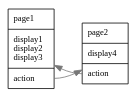
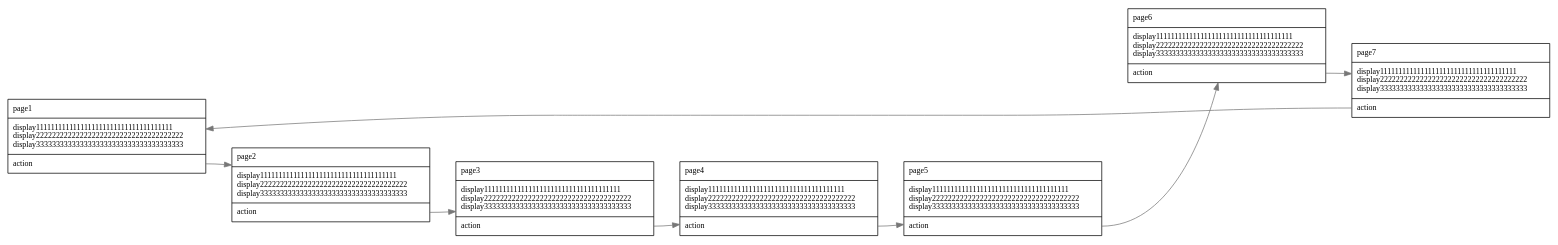
The diagram in docs/test.dot (fjtsr/verify_uiflow_ci), drawn with Graphviz before and after one commit. The commit also changed 3 other files, not shown here.

```diff
--- a/docs/test.dot
+++ b/docs/test.dot
@@ -1,36 +1,66 @@
 digraph D {
 	graph[
 		charset = "UTF-8",
 		labelloc = "t",
 		labeljust = "r",
 		style = "filled",
 		rankdir = "LR",
 		margin = "0.2",
 		ranksep = "0.5",
 		nodesep = "0.4"
 	]
 	node[
 		style = "solid",
 		fontsize = "11",
 		margin = "0.1,0.1",
 		fontname = "Osaka-Mono,ＭＳ ゴシック"
 	]
 	edge[
 		fontsize = "9",
 		fontname = "Osaka-Mono,ＭＳ ゴシック",
 		color = "#777777"
 	]
 	"page1"[
 		shape = "record",
-		label = "<title> page1\l |<see> display1\ldisplay2\ldisplay3\l |<action0> action\l ",
-		width = "0.8153846153846154"
+		label = "<title> page1\l |<see> display1111111111111111111111111111111111111\ldisplay2222222222222222222222222222222222222\ldisplay3333333333333333333333333333333333333\l |<action0> action\l ",
+		width = "3.5846153846153848"
 	]
 	"page2"[
 		shape = "record",
-		label = "<title> page2\l |<see> display4\l |<action0> action\l ",
-		width = "0.8153846153846154"
+		label = "<title> page2\l |<see> display1111111111111111111111111111111111111\ldisplay2222222222222222222222222222222222222\ldisplay3333333333333333333333333333333333333\l |<action0> action\l ",
+		width = "3.5846153846153848"
+	]
+	"page3"[
+		shape = "record",
+		label = "<title> page3\l |<see> display1111111111111111111111111111111111111\ldisplay2222222222222222222222222222222222222\ldisplay3333333333333333333333333333333333333\l |<action0> action\l ",
+		width = "3.5846153846153848"
+	]
+	"page4"[
+		shape = "record",
+		label = "<title> page4\l |<see> display1111111111111111111111111111111111111\ldisplay2222222222222222222222222222222222222\ldisplay3333333333333333333333333333333333333\l |<action0> action\l ",
+		width = "3.5846153846153848"
+	]
+	"page5"[
+		shape = "record",
+		label = "<title> page5\l |<see> display1111111111111111111111111111111111111\ldisplay2222222222222222222222222222222222222\ldisplay3333333333333333333333333333333333333\l |<action0> action\l ",
+		width = "3.5846153846153848"
+	]
+	"page6"[
+		shape = "record",
+		label = "<title> page6\l |<see> display1111111111111111111111111111111111111\ldisplay2222222222222222222222222222222222222\ldisplay3333333333333333333333333333333333333\l |<action0> action\l ",
+		width = "3.5846153846153848"
+	]
+	"page7"[
+		shape = "record",
+		label = "<title> page7\l |<see> display1111111111111111111111111111111111111\ldisplay2222222222222222222222222222222222222\ldisplay3333333333333333333333333333333333333\l |<action0> action\l ",
+		width = "3.5846153846153848"
 	]
 	"page1":action0 -> "page2"
-	"page2":action0 -> "page1"
+	"page2":action0 -> "page3"
+	"page3":action0 -> "page4"
+	"page4":action0 -> "page5"
+	"page5":action0 -> "page6"
+	"page6":action0 -> "page7"
+	"page7":action0 -> "page1"
 
 }
```
